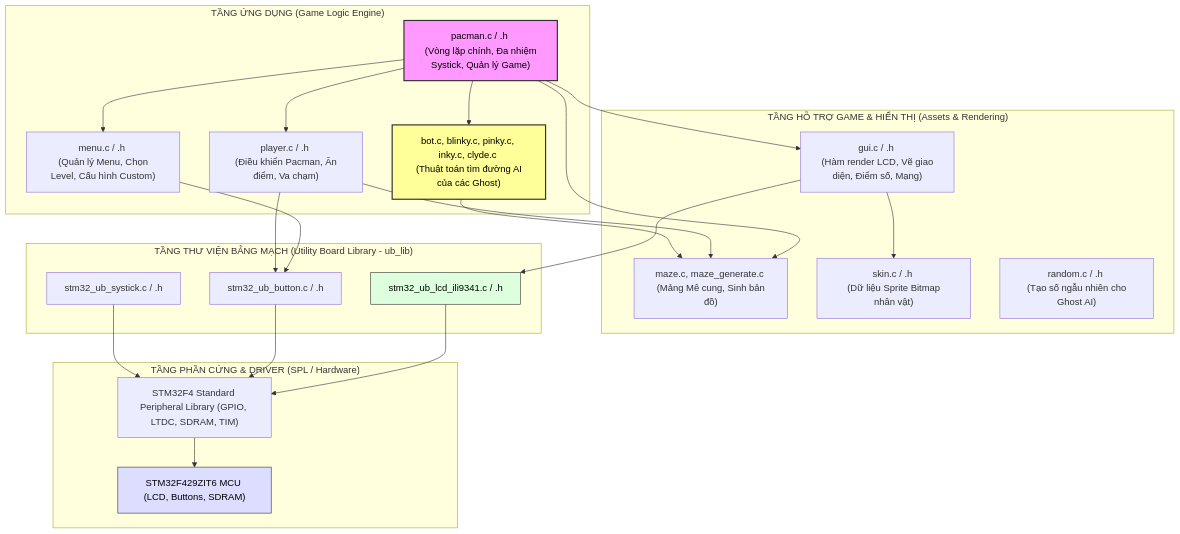
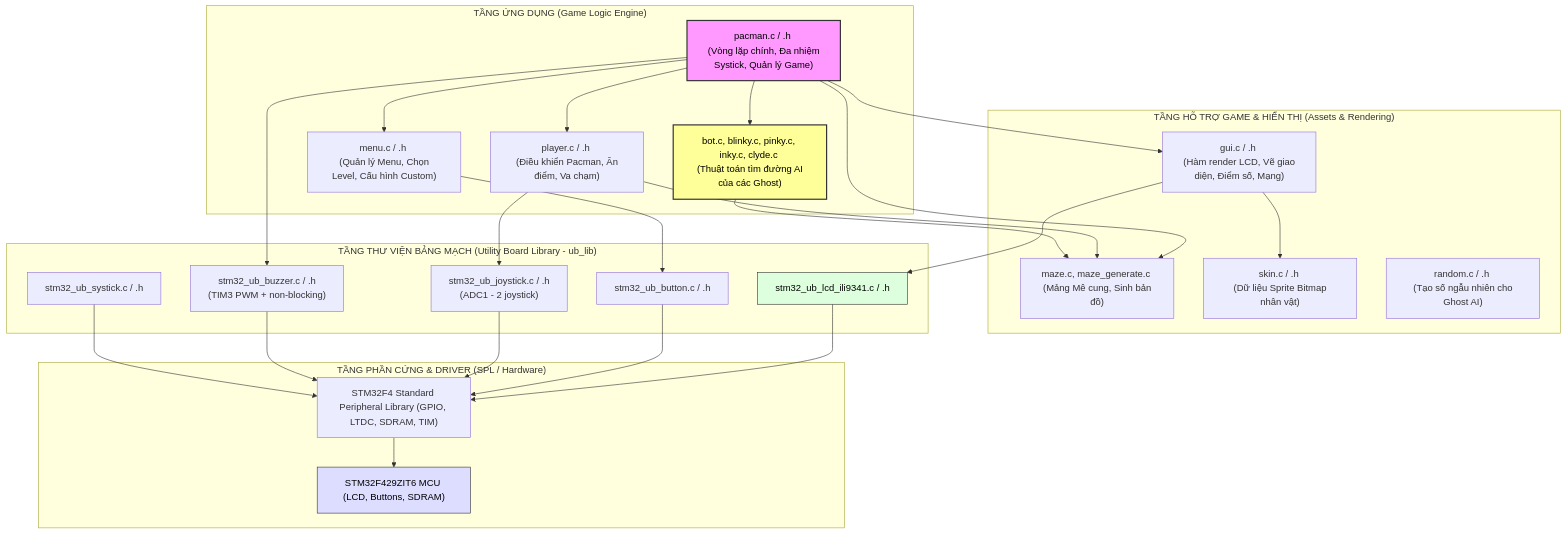
The second of 2 diagrams in Report.md (Tin61205/Embedded_Final_Prj_20252), drawn with Mermaid before and after one commit. The commit also changed other lines of this file, not shown here.

````diff
--- a/Report.md
+++ b/Report.md
@@ -141,43 +169,46 @@
 ```mermaid
 graph TD
     subgraph "TẦNG ỨNG DỤNG (Game Logic Engine)"
         PacmanCore["pacman.c / .h <br> (Vòng lặp chính, Đa nhiệm Systick, Quản lý Game)"]
         PlayerControl["player.c / .h <br> (Điều khiển Pacman, Ăn điểm, Va chạm)"]
         GhostAI["bot.c, blinky.c, pinky.c, inky.c, clyde.c <br> (Thuật toán tìm đường AI của các Ghost)"]
         GameMenu["menu.c / .h <br> (Quản lý Menu, Chọn Level, Cấu hình Custom)"]
     end
 
     subgraph "TẦNG HỖ TRỢ GAME & HIỂN THỊ (Assets & Rendering)"
         MazeManager["maze.c, maze_generate.c <br> (Mảng Mê cung, Sinh bản đồ)"]
         GUIRender["gui.c / .h <br> (Hàm render LCD, Vẽ giao diện, Điểm số, Mạng)"]
         SkinSprites["skin.c / .h <br> (Dữ liệu Sprite Bitmap nhân vật)"]
         RandomGen["random.c / .h <br> (Tạo số ngẫu nhiên cho Ghost AI)"]
     end
 
     subgraph "TẦNG THƯ VIỆN BẢNG MẠCH (Utility Board Library - ub_lib)"
         UB_LCD["stm32_ub_lcd_ili9341.c / .h"]
         UB_Button["stm32_ub_button.c / .h"]
+        UB_Joystick["stm32_ub_joystick.c / .h<br>(ADC1 - 2 joystick)"]
+        UB_Buzzer["stm32_ub_buzzer.c / .h<br>(TIM3 PWM + non-blocking)"]
         UB_Systick["stm32_ub_systick.c / .h"]
     end
 
     subgraph "TẦNG PHẦN CỨNG & DRIVER (SPL / Hardware)"
         SPL["STM32F4 Standard Peripheral Library (GPIO, LTDC, SDRAM, TIM)"]
         Hardware["STM32F429ZIT6 MCU (LCD, Buttons, SDRAM)"]
     end
 
     %% Mối liên kết giữa các tầng
     PacmanCore --> PlayerControl & GhostAI & GameMenu
     PacmanCore --> MazeManager & GUIRender
     PlayerControl & GhostAI --> MazeManager
     GUIRender --> SkinSprites & UB_LCD
     GameMenu --> UB_Button
-    PlayerControl --> UB_Button
+    PlayerControl --> UB_Joystick
+    PacmanCore --> UB_Buzzer
     
-    UB_LCD & UB_Button & UB_Systick --> SPL
+    UB_LCD & UB_Button & UB_Joystick & UB_Buzzer & UB_Systick --> SPL
     SPL --> Hardware
     
     style PacmanCore fill:#f9f,stroke:#333,stroke-width:2px,color:#000
     style GhostAI fill:#ff9,stroke:#333,stroke-width:2px,color:#000
     style UB_LCD fill:#dfd,stroke:#333,color:#000
     style Hardware fill:#ddf,stroke:#333,color:#000
 ```
````
